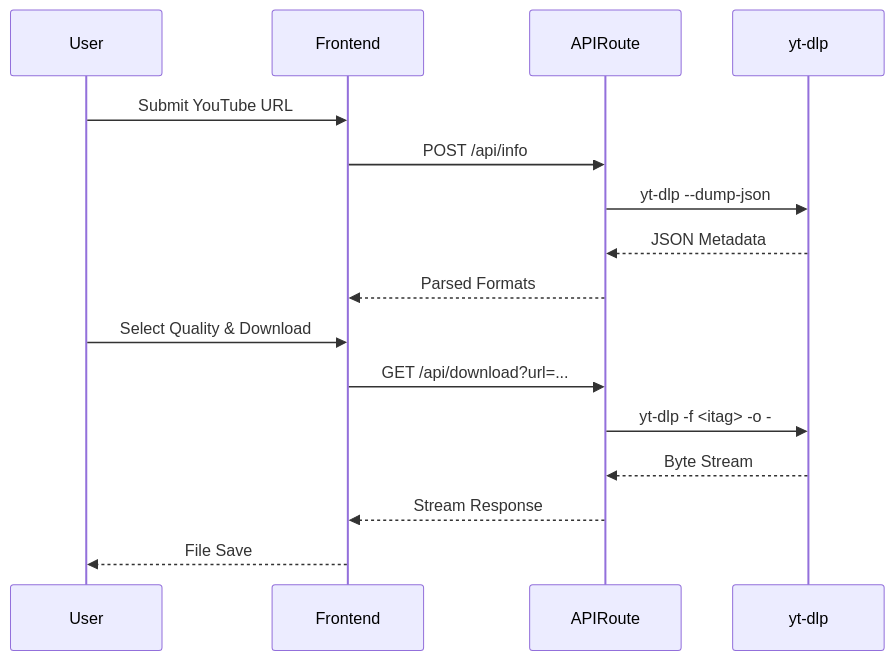
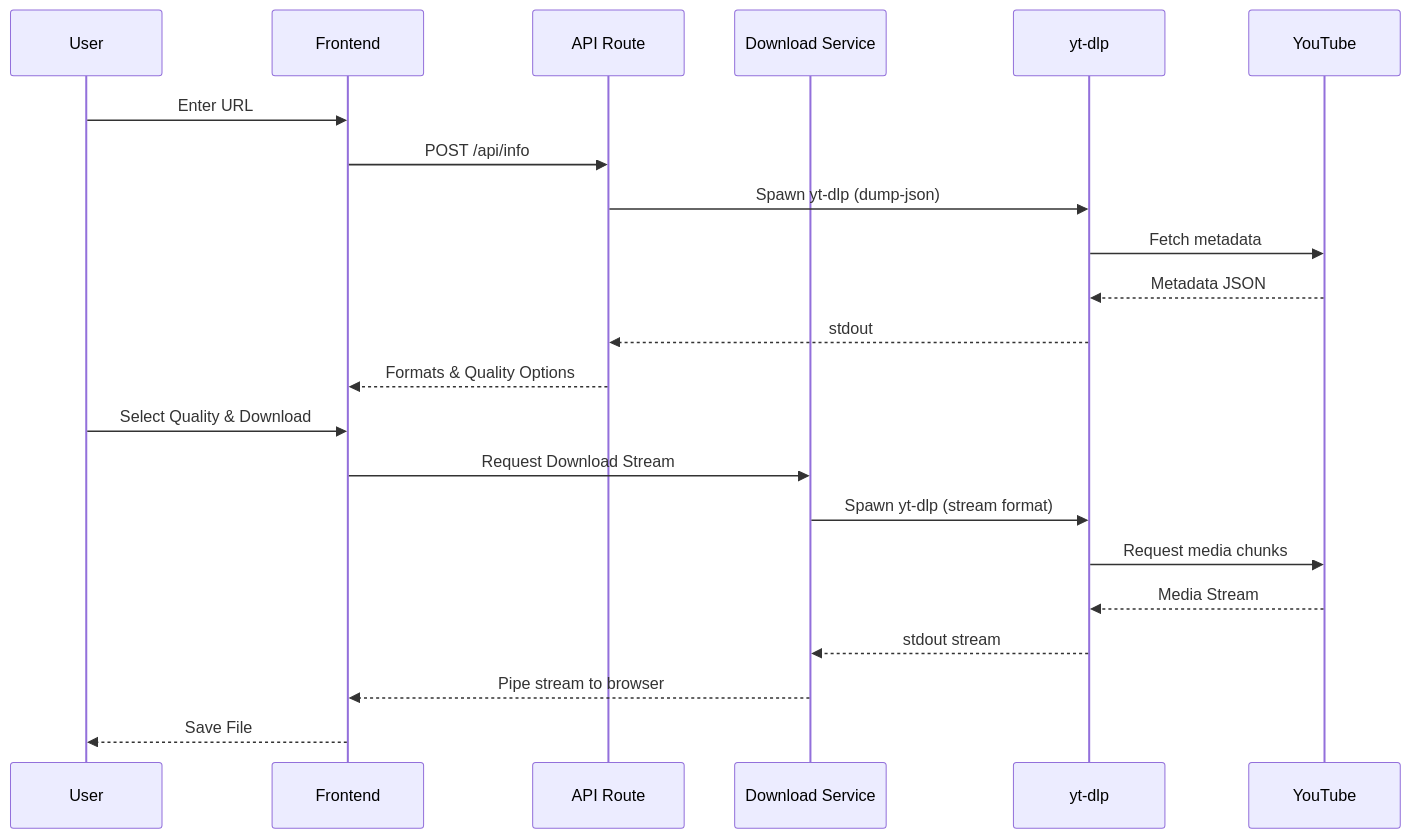
One commit to udaysharmadev/Youtube-Downloader changed the sixth of 8 diagrams in README.md. Above: the diagram before and after it, drawn with Mermaid. The commit also changed other lines of this file, not shown here.

````diff
--- a/README.md
+++ b/README.md
@@ -48,19 +109,25 @@
 ```mermaid
 sequenceDiagram
-    participant User
-    participant Frontend
-    participant APIRoute
-    participant yt-dlp
-    
-    User->>Frontend: Submit YouTube URL
-    Frontend->>APIRoute: POST /api/info
-    APIRoute->>yt-dlp: yt-dlp --dump-json
-    yt-dlp-->>APIRoute: JSON Metadata
-    APIRoute-->>Frontend: Parsed Formats
-    User->>Frontend: Select Quality & Download
-    Frontend->>APIRoute: GET /api/download?url=...
-    APIRoute->>yt-dlp: yt-dlp -f <itag> -o -
-    yt-dlp-->>APIRoute: Byte Stream
-    APIRoute-->>Frontend: Stream Response
-    Frontend-->>User: File Save
+    participant U as User
+    participant F as Frontend
+    participant A as API Route
+    participant S as Download Service
+    participant Y as yt-dlp
+    participant YT as YouTube
+
+    U->>F: Enter URL
+    F->>A: POST /api/info
+    A->>Y: Spawn yt-dlp (dump-json)
+    Y->>YT: Fetch metadata
+    YT-->>Y: Metadata JSON
+    Y-->>A: stdout
+    A-->>F: Formats & Quality Options
+    U->>F: Select Quality & Download
+    F->>S: Request Download Stream
+    S->>Y: Spawn yt-dlp (stream format)
+    Y->>YT: Request media chunks
+    YT-->>Y: Media Stream
+    Y-->>S: stdout stream
+    S-->>F: Pipe stream to browser
+    F-->>U: Save File
 ```
````
